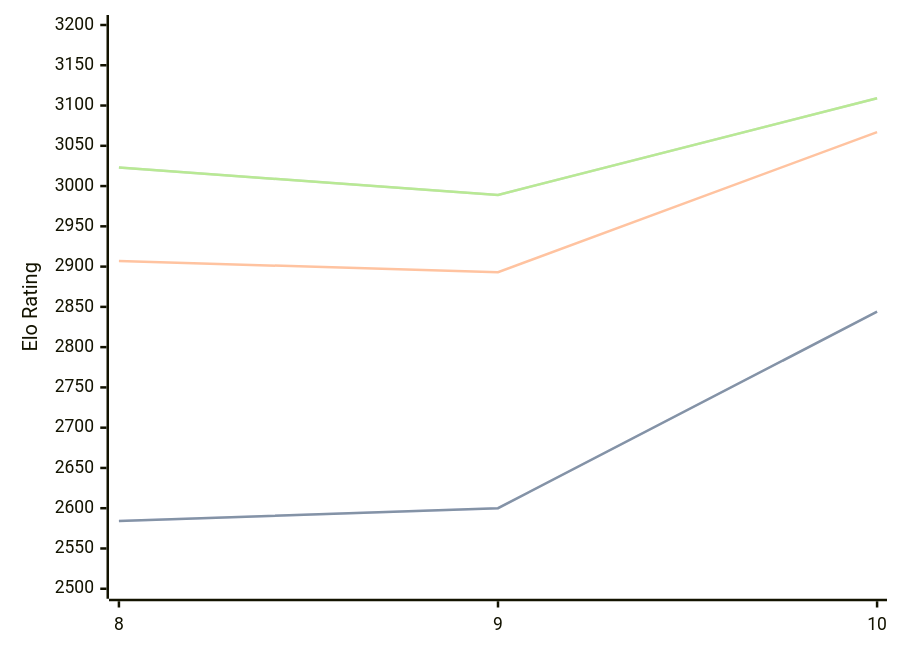
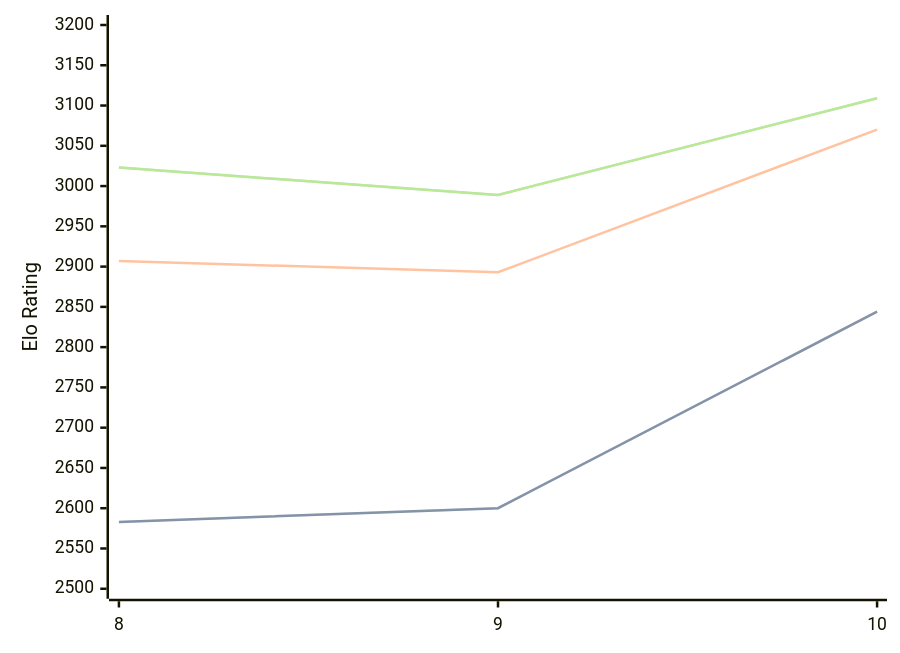
The diagram in engines/Lozza.md (computer-chess-index/cci), drawn with Mermaid before and after one commit. The commit also changed other lines of this file, not shown here.

````diff
--- a/engines/Lozza.md
+++ b/engines/Lozza.md
@@ -41,11 +41,11 @@
 ```mermaid
 %%{init: {"theme":"base","themeVariables":{"seriesColors:['#a3a3a3','#222221','#faa371']}}}%%
 xychart-beta
   x-axis ["8", "9", "10"]
   y-axis "Elo Rating" 2500 --> 3200
-  line "STC (8.0+0.08s)" [2584, 2600, 2844]
-  line "STC (8.0+0.08s)" [2584, 2600, 2844]
-  line "LTC (60.0+0.60s)" [2907, 2893, 3067]
+  line "STC (8.0+0.08s)" [2583, 2600, 2844]
+  line "STC (8.0+0.08s)" [2583, 2600, 2844]
+  line "LTC (60.0+0.60s)" [2907, 2893, 3070]
   line "VLTC (2m24s+1.12s)" [3023, 2989, 3109]
   line "VLTC (2m24s+1.12s)" [3023, 2989, 3109]
 ```
````
